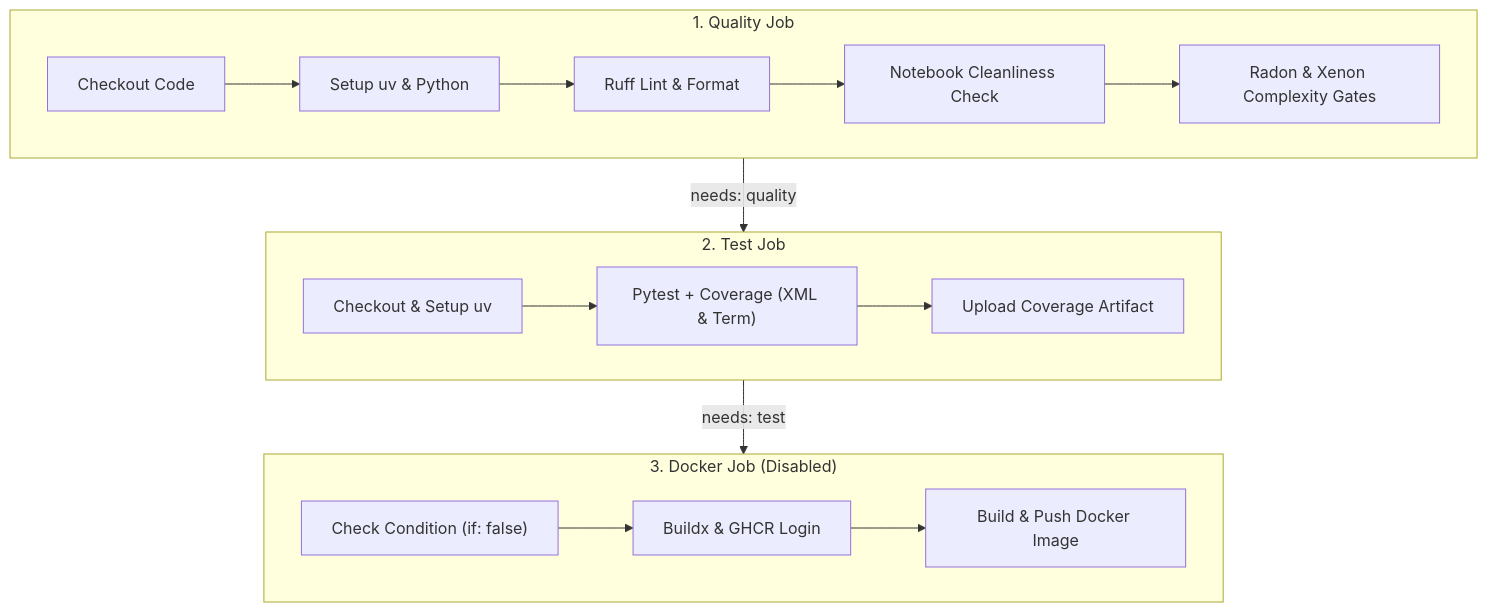
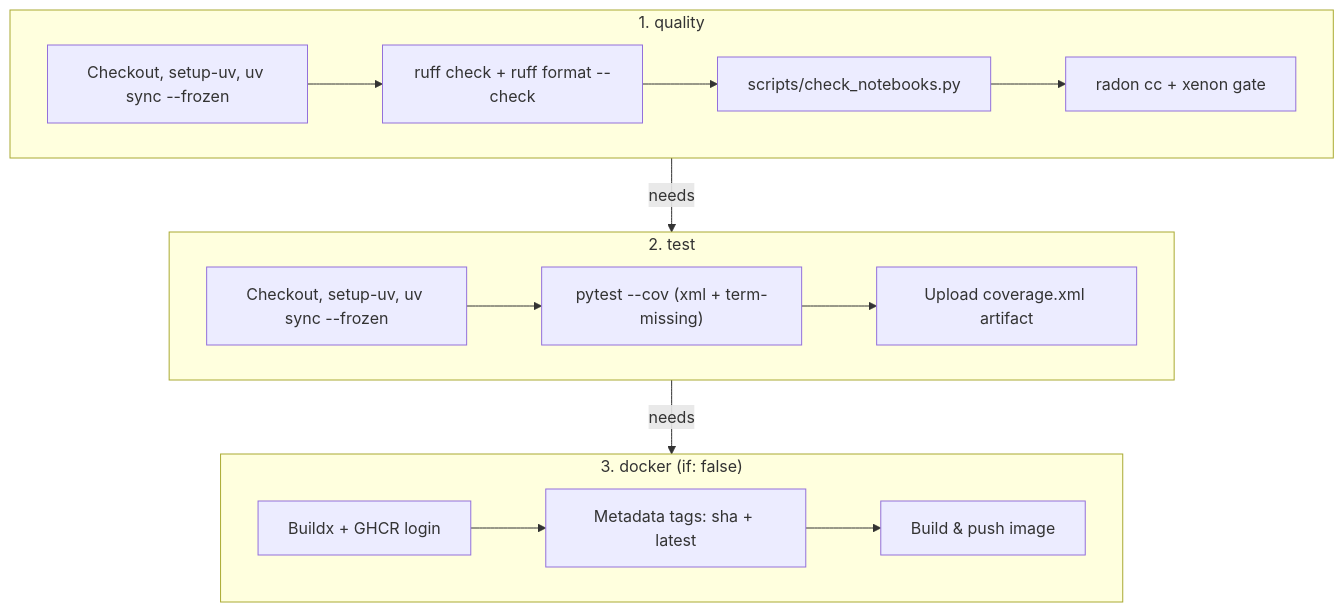
The diagram in openwiki/testing/test_suite_and_ci.md (PosTech9MLET/tech-challenge-fase-4), drawn with Mermaid before and after one commit. The commit also changed other lines of this file and 27 other files, not shown here.

````diff
--- a/openwiki/testing/test_suite_and_ci.md
+++ b/openwiki/testing/test_suite_and_ci.md
@@ -120,22 +178,21 @@
 ```mermaid
 flowchart TD
-    subgraph Quality["1. Quality Job"]
-        A["Checkout Code"] --> B["Setup uv & Python"]
-        B --> C["Ruff Lint & Format"]
-        C --> D["Notebook Cleanliness Check"]
-        D --> E["Radon & Xenon Complexity Gates"]
+    subgraph Quality["1. quality"]
+        A["Checkout, setup-uv, uv sync --frozen"] --> B["ruff check + ruff format --check"]
+        B --> C["scripts/check_notebooks.py"]
+        C --> D["radon cc + xenon gate"]
     end
 
-    subgraph Test["2. Test Job"]
-        F["Checkout & Setup uv"] --> G["Pytest + Coverage (XML & Term)"]
-        G --> H["Upload Coverage Artifact"]
+    subgraph Test["2. test"]
+        F["Checkout, setup-uv, uv sync --frozen"] --> G["pytest --cov (xml + term-missing)"]
+        G --> H["Upload coverage.xml artifact"]
     end
 
-    subgraph Docker["3. Docker Job (Disabled)"]
-        I["Check Condition (if: false)"] --> J["Buildx & GHCR Login"]
-        J --> K["Build & Push Docker Image"]
+    subgraph Docker["3. docker (if: false)"]
+        I["Buildx + GHCR login"] --> J["Metadata tags: sha + latest"]
+        J --> K["Build & push image"]
     end
 
-    Quality -->|needs: quality| Test
-    Test -->|needs: test| Docker
+    Quality -->|needs| Test
+    Test -->|needs| Docker
 ```
````
